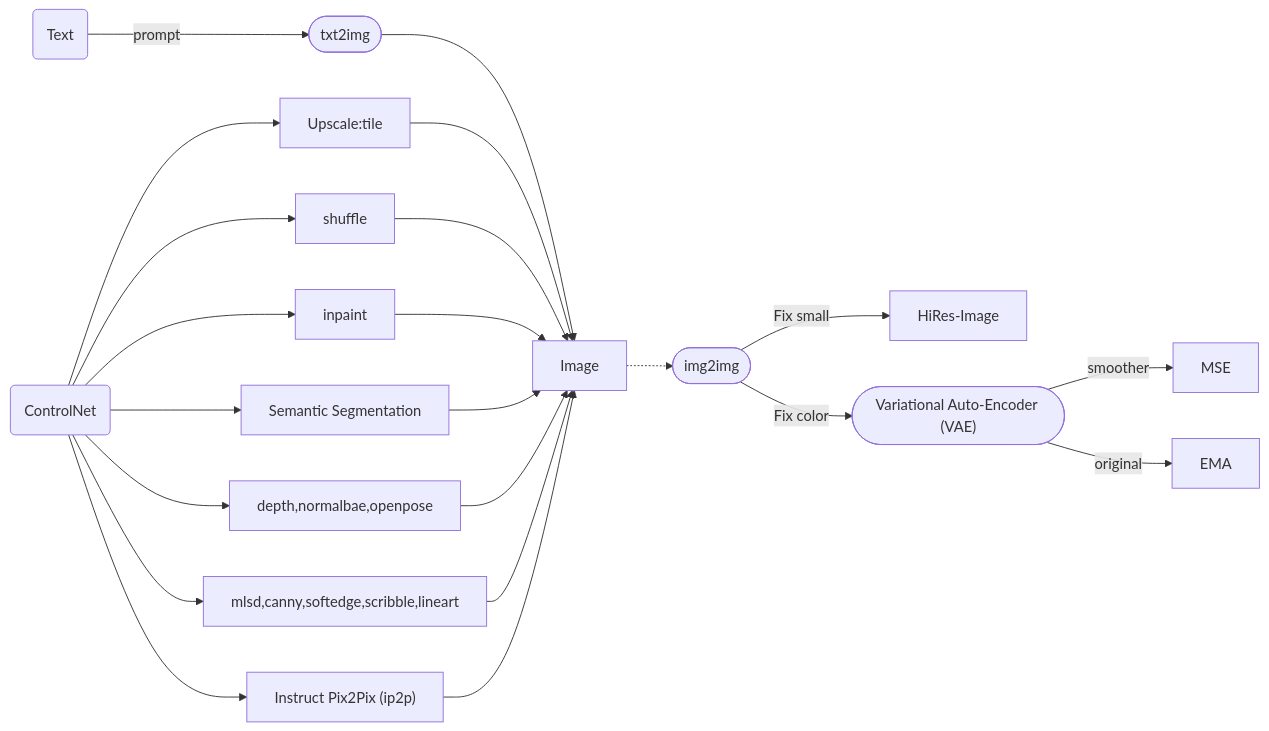
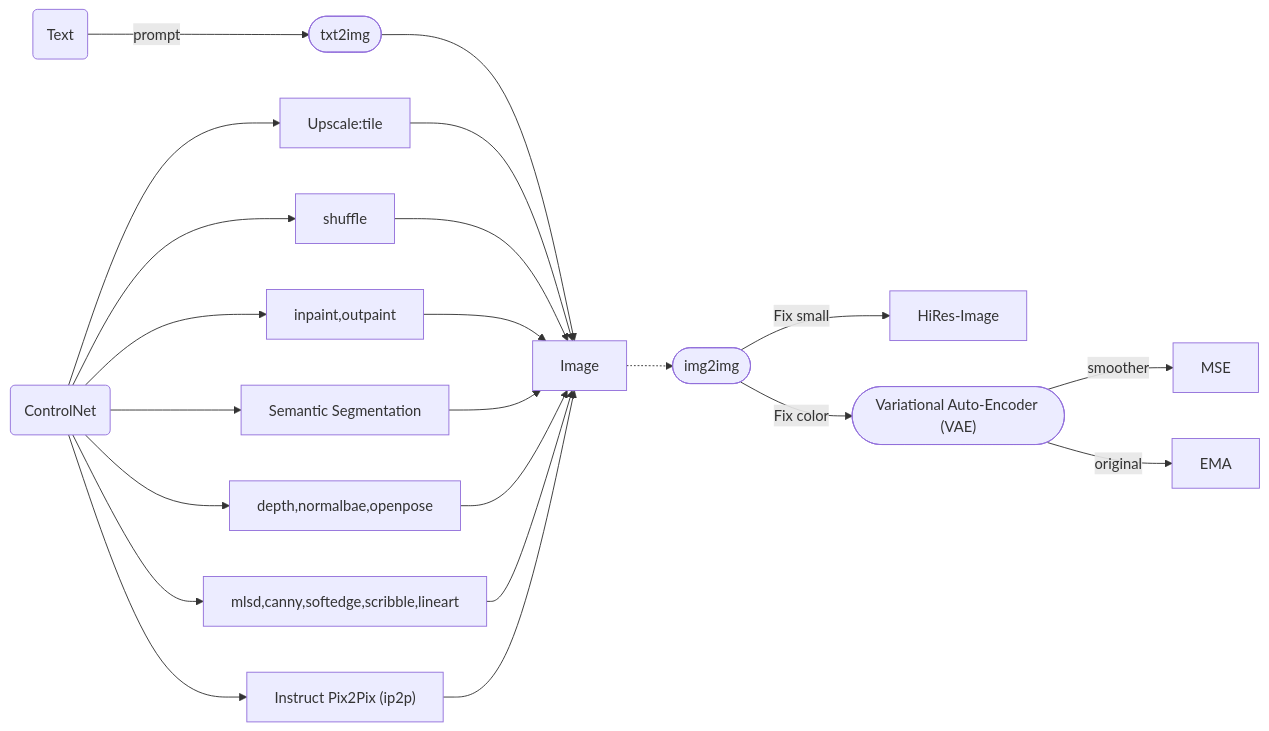
Before and after one commit to gist-rs/book: the first of 2 diagrams in src/ml/stable-diffusion.md, drawn with Mermaid. The commit also changed other lines of this file, not shown here.

````diff
--- a/src/ml/stable-diffusion.md
+++ b/src/ml/stable-diffusion.md
@@ -5,19 +5,19 @@
 ```mermaid
 graph LR;
 Text(Text) -- prompt --> txt2img([txt2img]) --> Image
 Image -.-> img2img([img2img])
 
 ControlNet(ControlNet) --> upscale["Upscale:tile"] --> Image
 ControlNet --> shuffle --> Image
-ControlNet --> inpaint --> Image
+ControlNet --> inpaint,outpaint --> Image
 ControlNet --> seg["Semantic Segmentation"] --> Image
 ControlNet --> depth,normalbae,openpose --> Image
 ControlNet --> mlsd,canny,softedge,scribble,lineart --> Image
 ControlNet --> ip2p["Instruct Pix2Pix (ip2p)"] --> Image
 
 img2img -- "Fix small" --> HiRes-Image
 img2img -- "Fix color" --> VAE(["Variational Auto-Encoder (VAE)"])
 
 VAE -- "smoother" --> MSE
 VAE -- "original" --> EMA
 ```
````
